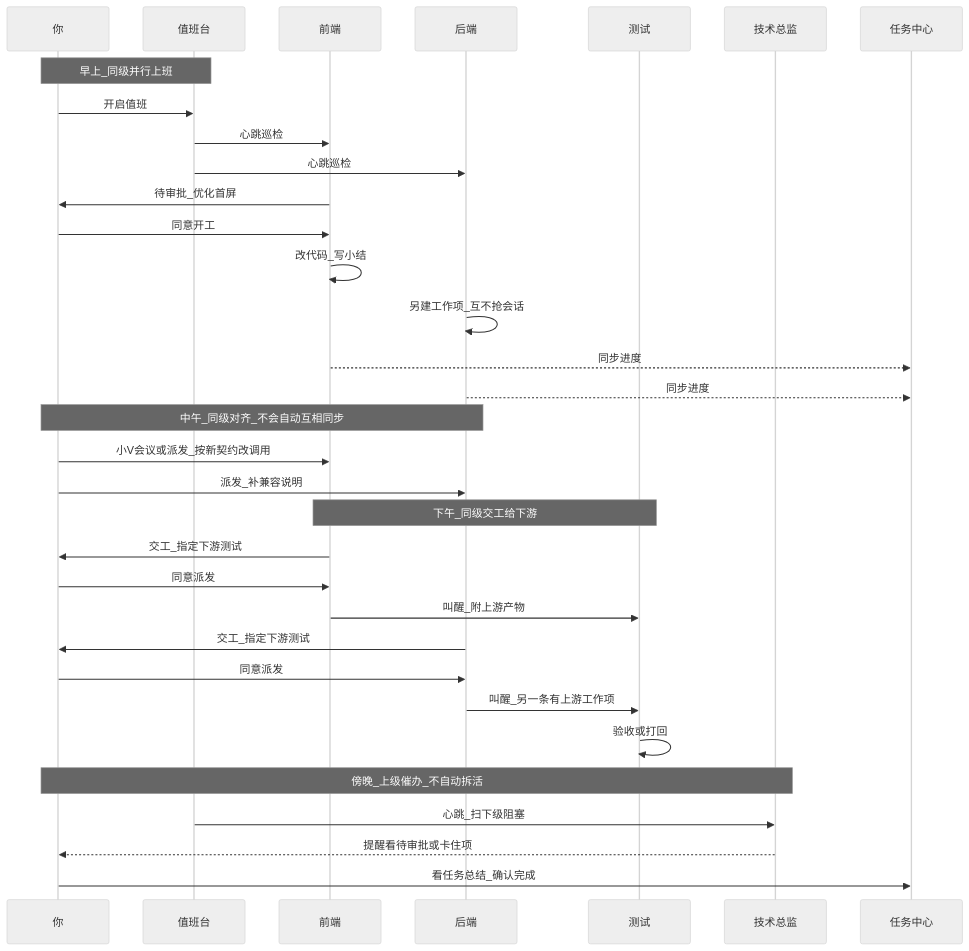
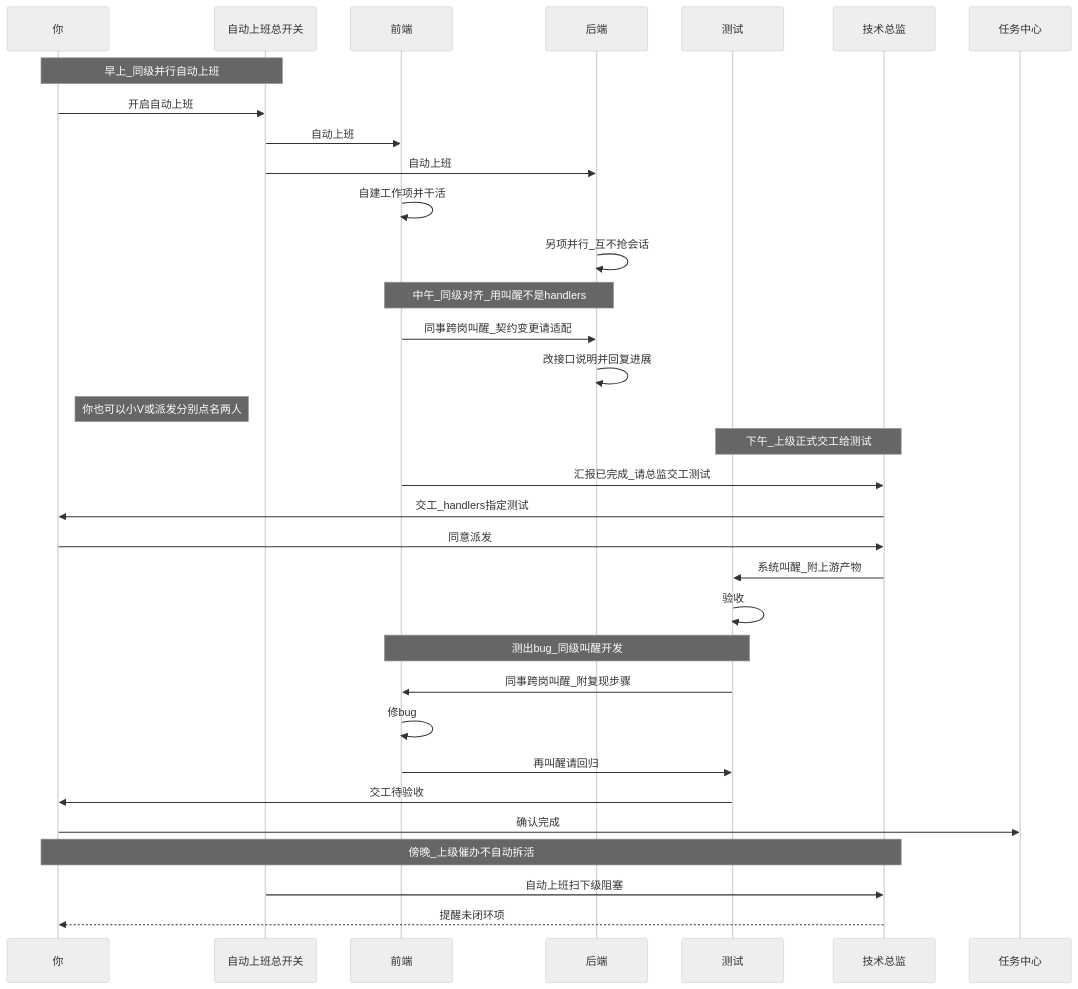
One commit to EvovexAI/EvoFlow changed the fifth of 6 diagrams in docs/user/explanation/smart-employees.md. Above: the diagram before and after it, drawn with Mermaid (neutral theme). The commit also changed other lines of this file and 76 other files, not shown here.

````diff
--- a/docs/user/explanation/smart-employees.md
+++ b/docs/user/explanation/smart-employees.md
@@ -96,39 +266,40 @@
 ```mermaid
 sequenceDiagram
   participant You as 你
-  participant Duty as 值班台
+  participant Duty as 自动上班总开关
   participant FE as 前端
   participant BE as 后端
   participant QA as 测试
   participant CTO as 技术总监
   participant TC as 任务中心
 
-  Note over You,Duty: 早上_同级并行上班
-  You->>Duty: 开启值班
-  Duty->>FE: 心跳巡检
-  Duty->>BE: 心跳巡检
-  FE->>You: 待审批_优化首屏
-  You->>FE: 同意开工
-  FE->>FE: 改代码_写小结
-  BE->>BE: 另建工作项_互不抢会话
-  FE-->>TC: 同步进度
-  BE-->>TC: 同步进度
+  Note over You,Duty: 早上_同级并行自动上班
+  You->>Duty: 开启自动上班
+  Duty->>FE: 自动上班
+  Duty->>BE: 自动上班
+  FE->>FE: 自建工作项并干活
+  BE->>BE: 另项并行_互不抢会话
 
-  Note over You,BE: 中午_同级对齐_不会自动互相同步
-  You->>FE: 小V会议或派发_按新契约改调用
-  You->>BE: 派发_补兼容说明
+  Note over FE,BE: 中午_同级对齐_用叫醒不是handlers
+  FE->>BE: 同事跨岗叫醒_契约变更请适配
+  BE->>BE: 改接口说明并回复进展
+  Note right of You: 你也可以小V或派发分别点名两人
 
-  Note over FE,QA: 下午_同级交工给下游
-  FE->>You: 交工_指定下游测试
-  You->>FE: 同意派发
-  FE->>QA: 叫醒_附上游产物
-  BE->>You: 交工_指定下游测试
-  You->>BE: 同意派发
-  BE->>QA: 叫醒_另一条有上游工作项
-  QA->>QA: 验收或打回
+  Note over CTO,QA: 下午_上级正式交工给测试
+  FE->>CTO: 汇报已完成_请总监交工测试
+  CTO->>You: 交工_handlers指定测试
+  You->>CTO: 同意派发
+  CTO->>QA: 系统叫醒_附上游产物
+  QA->>QA: 验收
 
-  Note over CTO,You: 傍晚_上级催办_不自动拆活
-  Duty->>CTO: 心跳_扫下级阻塞
-  CTO-->>You: 提醒看待审批或卡住项
-  You->>TC: 看任务总结_确认完成
+  Note over QA,FE: 测出bug_同级叫醒开发
+  QA->>FE: 同事跨岗叫醒_附复现步骤
+  FE->>FE: 修bug
+  FE->>QA: 再叫醒请回归
+  QA->>You: 交工待验收
+  You->>TC: 确认完成
+
+  Note over CTO,You: 傍晚_上级催办不自动拆活
+  Duty->>CTO: 自动上班扫下级阻塞
+  CTO-->>You: 提醒未闭环项
 ```
````
